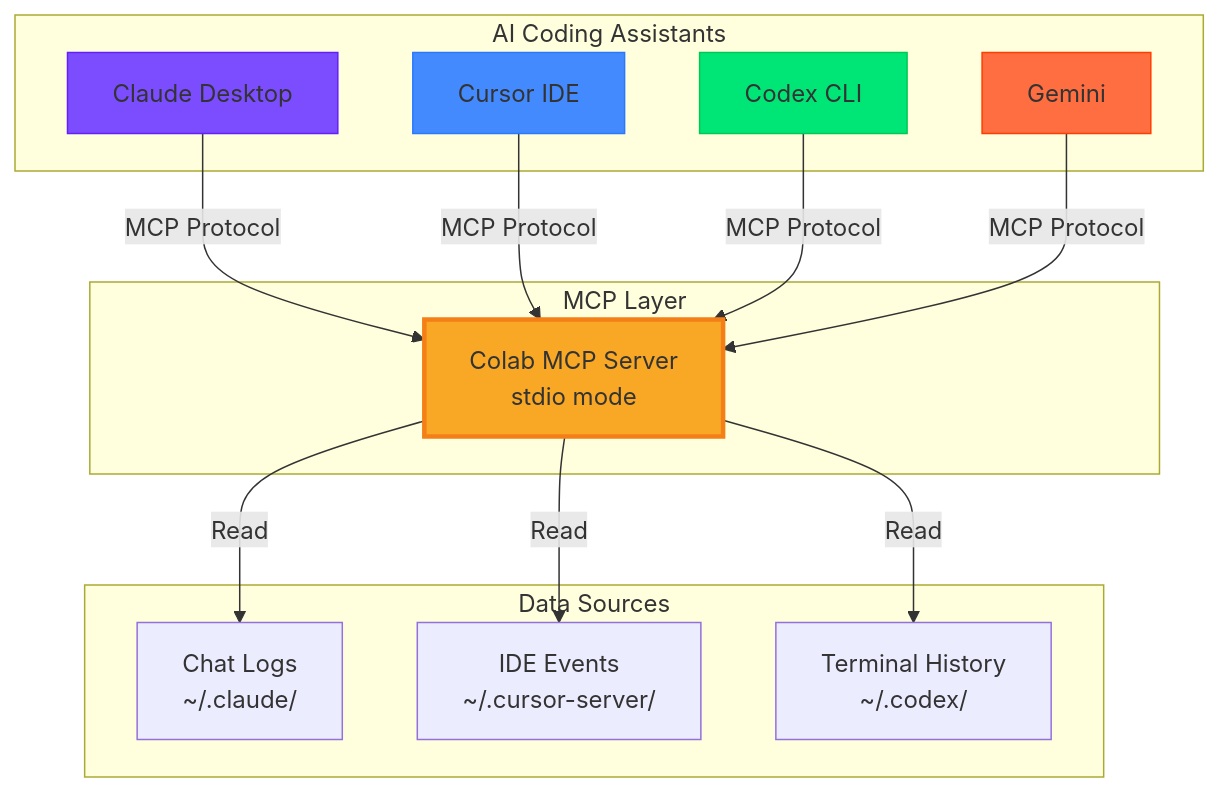
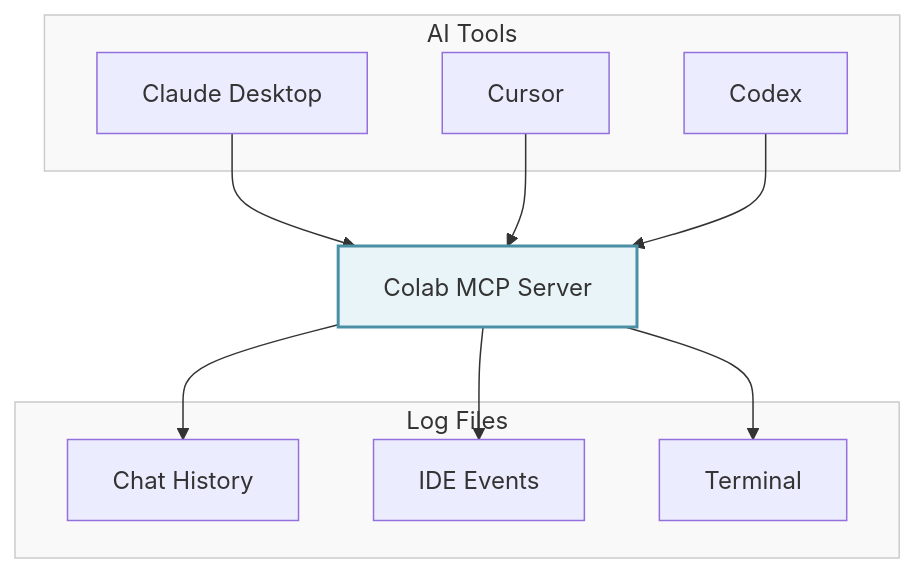
The fourth of 4 diagrams in README.md (covertlabsaus/colab-mcp), drawn with Mermaid before and after one commit. The commit also changed other lines of this file and 1 other file, not shown here.

Commit message:
Simplify Mermaid diagrams with muted colors

````diff
--- a/README.md
+++ b/README.md
@@ -214,34 +192,28 @@
 ```mermaid
 graph TB
-    subgraph "AI Coding Assistants"
+    subgraph AI["AI Tools"]
         Claude[Claude Desktop]
-        Cursor[Cursor IDE]
-        Codex[Codex CLI]
-        Gemini[Gemini]
+        Cursor[Cursor]
+        Codex[Codex]
     end
     
-    subgraph "MCP Layer"
-        MCP[Colab MCP Server<br/>stdio mode]
+    MCP[Colab MCP Server]
+    
+    subgraph Logs["Log Files"]
+        Chat[Chat History]
+        IDE[IDE Events]
+        Term[Terminal]
     end
     
-    subgraph "Data Sources"
-        ChatLogs[Chat Logs<br/>~/.claude/]
-        IDELogs[IDE Events<br/>~/.cursor-server/]
-        Terminal[Terminal History<br/>~/.codex/]
-    end
+    Claude --> MCP
+    Cursor --> MCP
+    Codex --> MCP
     
-    Claude -->|MCP Protocol| MCP
-    Cursor -->|MCP Protocol| MCP
-    Codex -->|MCP Protocol| MCP
-    Gemini -->|MCP Protocol| MCP
+    MCP --> Chat
+    MCP --> IDE
+    MCP --> Term
     
-    MCP -->|Read| ChatLogs
-    MCP -->|Read| IDELogs
-    MCP -->|Read| Terminal
-    
-    style MCP fill:#f9a825,stroke:#f57f17,stroke-width:3px
-    style Claude fill:#7c4dff,stroke:#651fff
-    style Cursor fill:#448aff,stroke:#2979ff
-    style Codex fill:#00e676,stroke:#00c853
-    style Gemini fill:#ff6e40,stroke:#ff3d00
+    style MCP fill:#e8f4f8,stroke:#4a90a4,stroke-width:2px
+    style AI fill:#f9f9f9,stroke:#ccc
+    style Logs fill:#f9f9f9,stroke:#ccc
 ```
````
